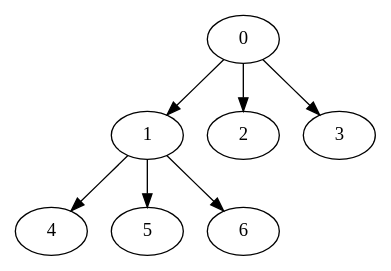
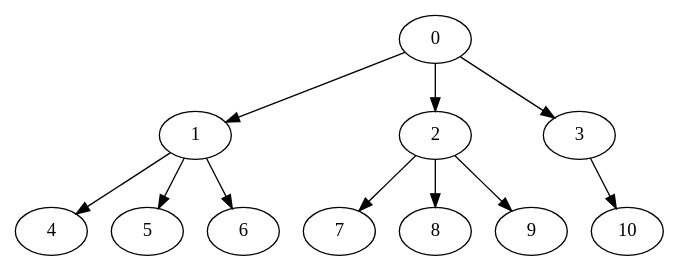
The diagram in INPUT-output.dot (dder725/ProcessScheduler), drawn with Graphviz before and after one commit. The commit also changed 24 other files, not shown here.

```diff
--- a/INPUT-output.dot
+++ b/INPUT-output.dot
@@ -1,16 +1,24 @@
 digraph " Output " {
-0           [Weight=5,Start=0,Processor=0];
-0 -> 1      [Weight = 15];
-0 -> 2      [Weight = 11];
-0 -> 3      [Weight = 11];
-1           [Weight=6,Start=5,Processor=0];
-1 -> 4      [Weight = 19];
-1 -> 5      [Weight = 4];
-1 -> 6      [Weight = 21];
-4           [Weight=4,Start=11,Processor=0];
-6           [Weight=7,Start=15,Processor=0];
-5           [Weight=7,Start=15,Processor=1];
-2           [Weight=5,Start=16,Processor=2];
-3           [Weight=6,Start=16,Processor=3];
+0           [Weight=50,Start=0,Processor=0];
+0 -> 1      [Weight = 9];
+0 -> 2      [Weight = 7];
+0 -> 3      [Weight = 4];
+1           [Weight=70,Start=50,Processor=0];
+1 -> 4      [Weight = 10];
+1 -> 5      [Weight = 7];
+1 -> 6      [Weight = 5];
+6           [Weight=100,Start=120,Processor=0];
+2           [Weight=90,Start=57,Processor=1];
+2 -> 7      [Weight = 5];
+2 -> 8      [Weight = 3];
+2 -> 9      [Weight = 10];
+7           [Weight=80,Start=147,Processor=1];
+5           [Weight=20,Start=127,Processor=2];
+8           [Weight=50,Start=150,Processor=2];
+9           [Weight=20,Start=200,Processor=2];
+3           [Weight=100,Start=54,Processor=3];
+3 -> 10      [Weight = 4];
+4           [Weight=40,Start=154,Processor=3];
+10           [Weight=20,Start=194,Processor=3];
 
 }
```
